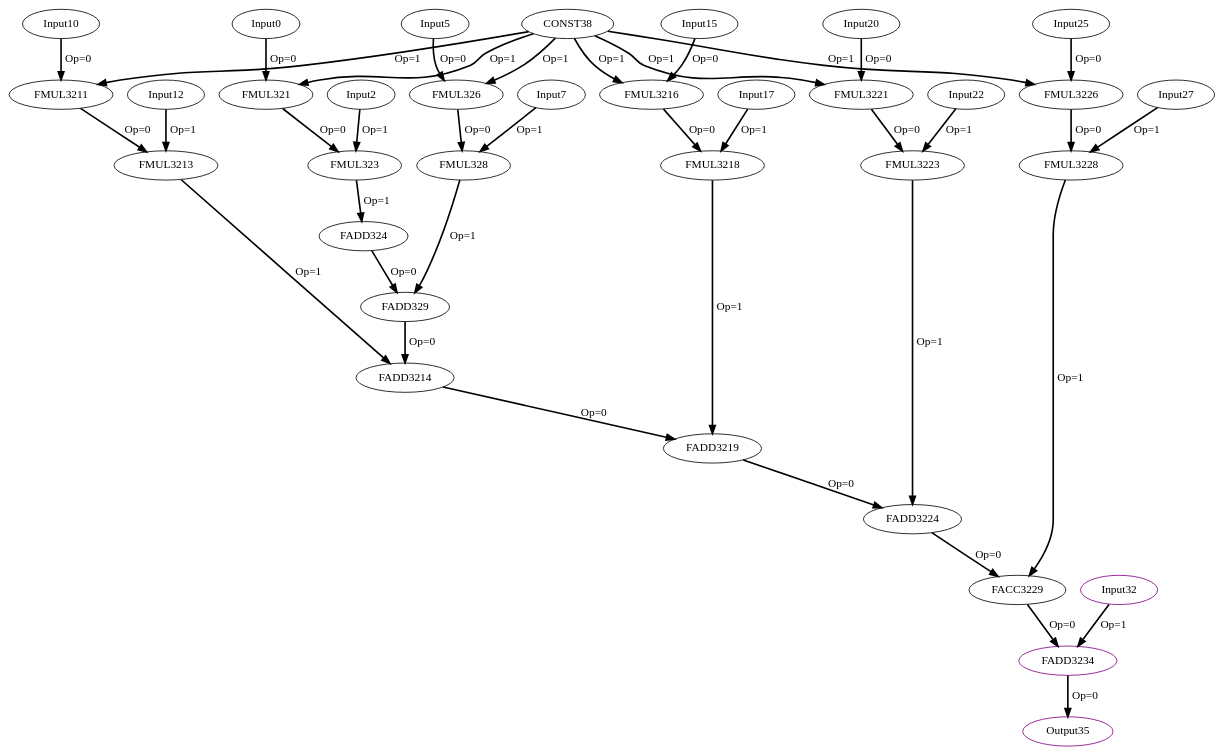
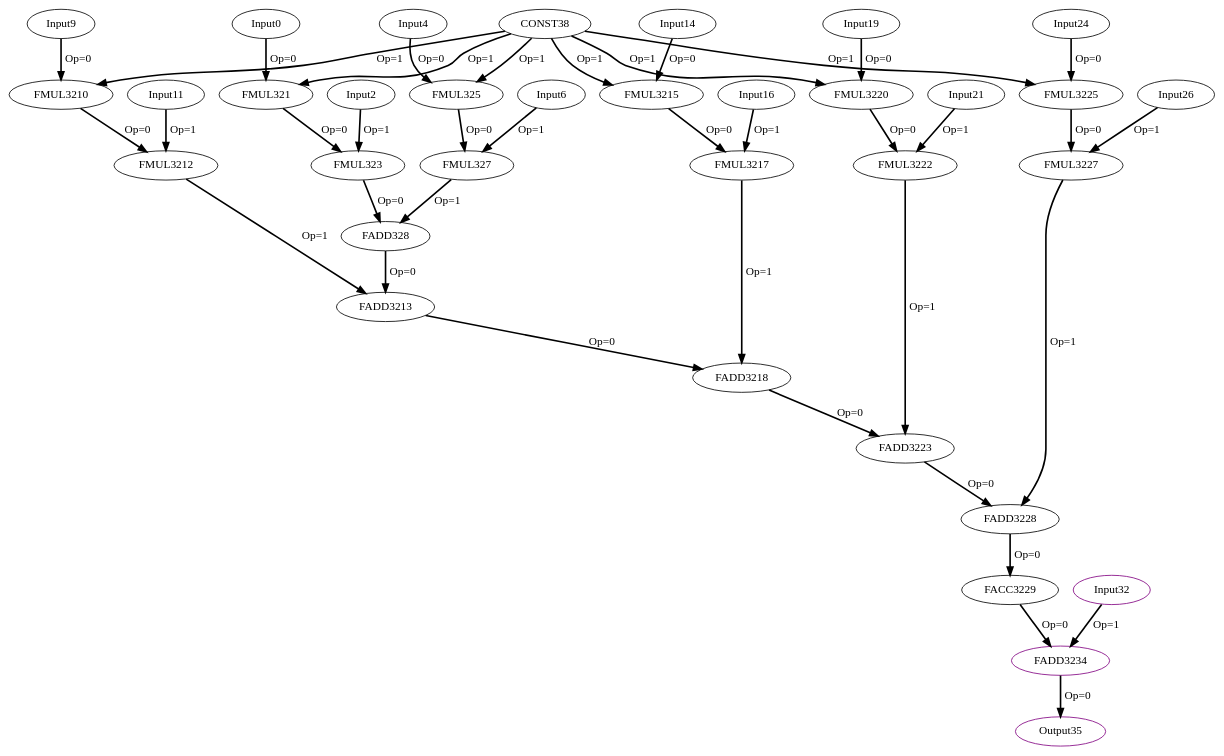
One commit to MIONkb/adora-compiler changed the diagram in experiment/Cbenchmarks/Polybench/linear-algebra/blas/gemm/IR/tempfiles/DesignSpace/kernel_gemm_1_6_1_1_CDFG_unroll.dot. Above: the diagram before and after it, drawn with Graphviz. The commit also changed 135 other files, not shown here.

```diff
--- a/experiment/Cbenchmarks/Polybench/linear-algebra/blas/gemm/IR/tempfiles/DesignSpace/kernel_gemm_1_6_1_1_CDFG_unroll.dot
+++ b/experiment/Cbenchmarks/Polybench/linear-algebra/blas/gemm/IR/tempfiles/DesignSpace/kernel_gemm_1_6_1_1_CDFG_unroll.dot
@@ -1,74 +1,74 @@
 Digraph G {
 Input0[opcode = "Input", ref_name="kernel_gemm_1_1", size="120", offset="0,0", pattern="24,5,-96,25", color = black];
 FMUL321[opcode = "FMUL32", color = black];
 Input2[opcode = "Input", ref_name="kernel_gemm_1_2", size="3000", offset="0,0", pattern="600,5,-2396,25", color = black];
 FMUL323[opcode = "FMUL32", color = black];
-FADD324[opcode = "FADD32", color = black];
-Input5[opcode = "Input", ref_name="kernel_gemm_1_1", size="120", offset="0,4", pattern="24,5,-96,25", color = black];
-FMUL326[opcode = "FMUL32", color = black];
-Input7[opcode = "Input", ref_name="kernel_gemm_1_2", size="3000", offset="0,100", pattern="600,5,-2396,25", color = black];
-FMUL328[opcode = "FMUL32", color = black];
-FADD329[opcode = "FADD32", color = black];
-Input10[opcode = "Input", ref_name="kernel_gemm_1_1", size="120", offset="0,8", pattern="24,5,-96,25", color = black];
-FMUL3211[opcode = "FMUL32", color = black];
-Input12[opcode = "Input", ref_name="kernel_gemm_1_2", size="3000", offset="0,200", pattern="600,5,-2396,25", color = black];
-FMUL3213[opcode = "FMUL32", color = black];
-FADD3214[opcode = "FADD32", color = black];
-Input15[opcode = "Input", ref_name="kernel_gemm_1_1", size="120", offset="0,12", pattern="24,5,-96,25", color = black];
-FMUL3216[opcode = "FMUL32", color = black];
-Input17[opcode = "Input", ref_name="kernel_gemm_1_2", size="3000", offset="0,300", pattern="600,5,-2396,25", color = black];
-FMUL3218[opcode = "FMUL32", color = black];
-FADD3219[opcode = "FADD32", color = black];
-Input20[opcode = "Input", ref_name="kernel_gemm_1_1", size="120", offset="0,16", pattern="24,5,-96,25", color = black];
-FMUL3221[opcode = "FMUL32", color = black];
-Input22[opcode = "Input", ref_name="kernel_gemm_1_2", size="3000", offset="0,400", pattern="600,5,-2396,25", color = black];
-FMUL3223[opcode = "FMUL32", color = black];
-FADD3224[opcode = "FADD32", color = black];
-Input25[opcode = "Input", ref_name="kernel_gemm_1_1", size="120", offset="0,20", pattern="24,5,-96,25", color = black];
-FMUL3226[opcode = "FMUL32", color = black];
-Input27[opcode = "Input", ref_name="kernel_gemm_1_2", size="3000", offset="0,500", pattern="600,5,-2396,25", color = black];
-FMUL3228[opcode = "FMUL32", color = black];
+Input4[opcode = "Input", ref_name="kernel_gemm_1_1", size="120", offset="0,4", pattern="24,5,-96,25", color = black];
+FMUL325[opcode = "FMUL32", color = black];
+Input6[opcode = "Input", ref_name="kernel_gemm_1_2", size="3000", offset="0,100", pattern="600,5,-2396,25", color = black];
+FMUL327[opcode = "FMUL32", color = black];
+FADD328[opcode = "FADD32", color = black];
+Input9[opcode = "Input", ref_name="kernel_gemm_1_1", size="120", offset="0,8", pattern="24,5,-96,25", color = black];
+FMUL3210[opcode = "FMUL32", color = black];
+Input11[opcode = "Input", ref_name="kernel_gemm_1_2", size="3000", offset="0,200", pattern="600,5,-2396,25", color = black];
+FMUL3212[opcode = "FMUL32", color = black];
+FADD3213[opcode = "FADD32", color = black];
+Input14[opcode = "Input", ref_name="kernel_gemm_1_1", size="120", offset="0,12", pattern="24,5,-96,25", color = black];
+FMUL3215[opcode = "FMUL32", color = black];
+Input16[opcode = "Input", ref_name="kernel_gemm_1_2", size="3000", offset="0,300", pattern="600,5,-2396,25", color = black];
+FMUL3217[opcode = "FMUL32", color = black];
+FADD3218[opcode = "FADD32", color = black];
+Input19[opcode = "Input", ref_name="kernel_gemm_1_1", size="120", offset="0,16", pattern="24,5,-96,25", color = black];
+FMUL3220[opcode = "FMUL32", color = black];
+Input21[opcode = "Input", ref_name="kernel_gemm_1_2", size="3000", offset="0,400", pattern="600,5,-2396,25", color = black];
+FMUL3222[opcode = "FMUL32", color = black];
+FADD3223[opcode = "FADD32", color = black];
+Input24[opcode = "Input", ref_name="kernel_gemm_1_1", size="120", offset="0,20", pattern="24,5,-96,25", color = black];
+FMUL3225[opcode = "FMUL32", color = black];
+Input26[opcode = "Input", ref_name="kernel_gemm_1_2", size="3000", offset="0,500", pattern="600,5,-2396,25", color = black];
+FMUL3227[opcode = "FMUL32", color = black];
+FADD3228[opcode = "FADD32", color = black];
 FACC3229[opcode = "FACC32", acc_params="0,5,1,25", acc_first=1, color = black];
 Input32[opcode = "Input", ref_name="kernel_gemm_1_0", size="100", offset="0,0", pattern="0,5,4,25", color = purple];
 FADD3234[opcode = "FADD32", color = purple];
 Output35[opcode = "Output", ref_name="kernel_gemm_1_3", size="100", offset="0,0", pattern="0,5,4,25", color = purple];
 CONST38[opcode = "CONST", value="0x3FC00000", color = black];
 Input0 -> FMUL321[color = black, style = bold, operand = 0, label = "Op=0"];
 CONST38 -> FMUL321[color = black, style = bold, operand = 1, label = "Op=1"];
 FMUL321 -> FMUL323[color = black, style = bold, operand = 0, label = "Op=0"];
 Input2 -> FMUL323[color = black, style = bold, operand = 1, label = "Op=1"];
-FMUL323 -> FADD324[color = black, style = bold, operand = 1, label = "Op=1"];
-Input5 -> FMUL326[color = black, style = bold, operand = 0, label = "Op=0"];
-CONST38 -> FMUL326[color = black, style = bold, operand = 1, label = "Op=1"];
-FMUL326 -> FMUL328[color = black, style = bold, operand = 0, label = "Op=0"];
-Input7 -> FMUL328[color = black, style = bold, operand = 1, label = "Op=1"];
-FADD324 -> FADD329[color = black, style = bold, operand = 0, label = "Op=0"];
-FMUL328 -> FADD329[color = black, style = bold, operand = 1, label = "Op=1"];
-Input10 -> FMUL3211[color = black, style = bold, operand = 0, label = "Op=0"];
-CONST38 -> FMUL3211[color = black, style = bold, operand = 1, label = "Op=1"];
-FMUL3211 -> FMUL3213[color = black, style = bold, operand = 0, label = "Op=0"];
-Input12 -> FMUL3213[color = black, style = bold, operand = 1, label = "Op=1"];
-FADD329 -> FADD3214[color = black, style = bold, operand = 0, label = "Op=0"];
-FMUL3213 -> FADD3214[color = black, style = bold, operand = 1, label = "Op=1"];
-Input15 -> FMUL3216[color = black, style = bold, operand = 0, label = "Op=0"];
-CONST38 -> FMUL3216[color = black, style = bold, operand = 1, label = "Op=1"];
-FMUL3216 -> FMUL3218[color = black, style = bold, operand = 0, label = "Op=0"];
-Input17 -> FMUL3218[color = black, style = bold, operand = 1, label = "Op=1"];
-FADD3214 -> FADD3219[color = black, style = bold, operand = 0, label = "Op=0"];
-FMUL3218 -> FADD3219[color = black, style = bold, operand = 1, label = "Op=1"];
-Input20 -> FMUL3221[color = black, style = bold, operand = 0, label = "Op=0"];
-CONST38 -> FMUL3221[color = black, style = bold, operand = 1, label = "Op=1"];
-FMUL3221 -> FMUL3223[color = black, style = bold, operand = 0, label = "Op=0"];
-Input22 -> FMUL3223[color = black, style = bold, operand = 1, label = "Op=1"];
-FADD3219 -> FADD3224[color = black, style = bold, operand = 0, label = "Op=0"];
-FMUL3223 -> FADD3224[color = black, style = bold, operand = 1, label = "Op=1"];
-Input25 -> FMUL3226[color = black, style = bold, operand = 0, label = "Op=0"];
-CONST38 -> FMUL3226[color = black, style = bold, operand = 1, label = "Op=1"];
-FMUL3226 -> FMUL3228[color = black, style = bold, operand = 0, label = "Op=0"];
-Input27 -> FMUL3228[color = black, style = bold, operand = 1, label = "Op=1"];
-FADD3224 -> FACC3229[color = black, style = bold, operand = 0, label = "Op=0"];
-FMUL3228 -> FACC3229[color = black, style = bold, operand = 1, label = "Op=1"];
+Input4 -> FMUL325[color = black, style = bold, operand = 0, label = "Op=0"];
+CONST38 -> FMUL325[color = black, style = bold, operand = 1, label = "Op=1"];
+FMUL325 -> FMUL327[color = black, style = bold, operand = 0, label = "Op=0"];
+Input6 -> FMUL327[color = black, style = bold, operand = 1, label = "Op=1"];
+FMUL323 -> FADD328[color = black, style = bold, operand = 0, label = "Op=0"];
+FMUL327 -> FADD328[color = black, style = bold, operand = 1, label = "Op=1"];
+Input9 -> FMUL3210[color = black, style = bold, operand = 0, label = "Op=0"];
+CONST38 -> FMUL3210[color = black, style = bold, operand = 1, label = "Op=1"];
+FMUL3210 -> FMUL3212[color = black, style = bold, operand = 0, label = "Op=0"];
+Input11 -> FMUL3212[color = black, style = bold, operand = 1, label = "Op=1"];
+FADD328 -> FADD3213[color = black, style = bold, operand = 0, label = "Op=0"];
+FMUL3212 -> FADD3213[color = black, style = bold, operand = 1, label = "Op=1"];
+Input14 -> FMUL3215[color = black, style = bold, operand = 0, label = "Op=0"];
+CONST38 -> FMUL3215[color = black, style = bold, operand = 1, label = "Op=1"];
+FMUL3215 -> FMUL3217[color = black, style = bold, operand = 0, label = "Op=0"];
+Input16 -> FMUL3217[color = black, style = bold, operand = 1, label = "Op=1"];
+FADD3213 -> FADD3218[color = black, style = bold, operand = 0, label = "Op=0"];
+FMUL3217 -> FADD3218[color = black, style = bold, operand = 1, label = "Op=1"];
+Input19 -> FMUL3220[color = black, style = bold, operand = 0, label = "Op=0"];
+CONST38 -> FMUL3220[color = black, style = bold, operand = 1, label = "Op=1"];
+FMUL3220 -> FMUL3222[color = black, style = bold, operand = 0, label = "Op=0"];
+Input21 -> FMUL3222[color = black, style = bold, operand = 1, label = "Op=1"];
+FADD3218 -> FADD3223[color = black, style = bold, operand = 0, label = "Op=0"];
+FMUL3222 -> FADD3223[color = black, style = bold, operand = 1, label = "Op=1"];
+Input24 -> FMUL3225[color = black, style = bold, operand = 0, label = "Op=0"];
+CONST38 -> FMUL3225[color = black, style = bold, operand = 1, label = "Op=1"];
+FMUL3225 -> FMUL3227[color = black, style = bold, operand = 0, label = "Op=0"];
+Input26 -> FMUL3227[color = black, style = bold, operand = 1, label = "Op=1"];
+FADD3223 -> FADD3228[color = black, style = bold, operand = 0, label = "Op=0"];
+FMUL3227 -> FADD3228[color = black, style = bold, operand = 1, label = "Op=1"];
+FADD3228 -> FACC3229[color = black, style = bold, operand = 0, label = "Op=0"];
 Input32 -> FADD3234[color = black, style = bold, operand = 1, label = "Op=1"];
 FADD3234 -> Output35[color = black, style = bold, operand = 0, label = "Op=0"];
 FACC3229 -> FADD3234[color = black, style = bold, operand = 0, label = "Op=0"];
 }
```
